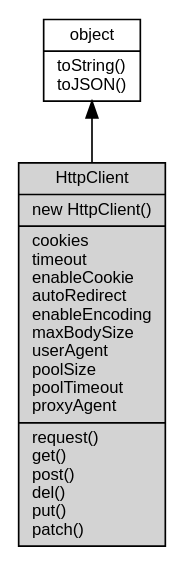
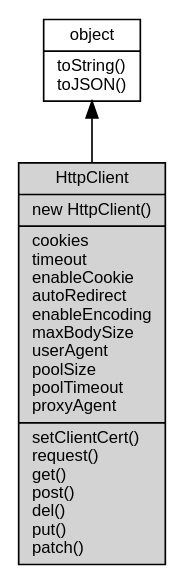
One commit to fibjs/fibjs.org changed the diagram in docs/manual/object/ifs/HttpClient.md. Above: the diagram before and after it, drawn with Graphviz. The commit also changed other lines of this file and 216 other files, not shown here.

````diff
--- a/docs/manual/object/ifs/HttpClient.md
+++ b/docs/manual/object/ifs/HttpClient.md
@@ -14,10 +14,10 @@
 ```dot
 digraph {
     node [fontname="Helvetica,sans-Serif", fontsize=10, shape="record", style="filled", fillcolor="white"];
 
     object [tooltip="object", URL="object.md", label="{object|toString()\ltoJSON()\l}"];
-    HttpClient [tooltip="HttpClient", fillcolor="lightgray", id="me", label="{HttpClient|new HttpClient()\l|cookies\ltimeout\lenableCookie\lautoRedirect\lenableEncoding\lmaxBodySize\luserAgent\lpoolSize\lpoolTimeout\lproxyAgent\l|request()\lget()\lpost()\ldel()\lput()\lpatch()\l}"];
+    HttpClient [tooltip="HttpClient", fillcolor="lightgray", id="me", label="{HttpClient|new HttpClient()\l|cookies\ltimeout\lenableCookie\lautoRedirect\lenableEncoding\lmaxBodySize\luserAgent\lpoolSize\lpoolTimeout\lproxyAgent\l|setClientCert()\lrequest()\lget()\lpost()\ldel()\lput()\lpatch()\l}"];
 
     object -> HttpClient [dir=back];
 }
 ```
````
